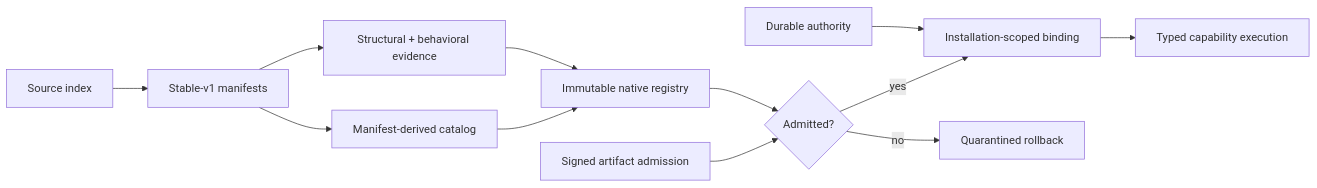
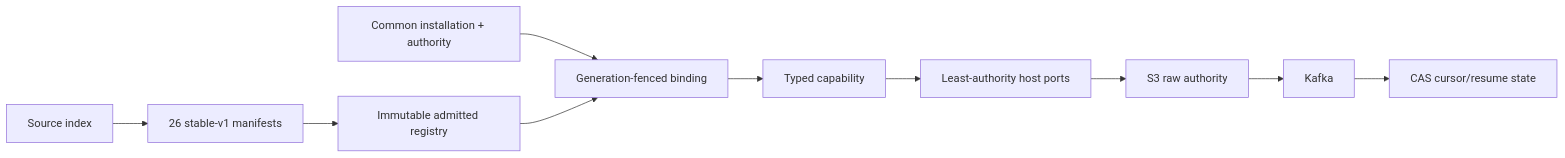
Before and after one commit to Fyralisinc/fyraliscore: the diagram in PHASE_3_IMPLEMENTATION_REPORT.md, drawn with Mermaid. The commit also changed other lines of this file and 898 other files, not shown here.

````diff
--- a/PHASE_3_IMPLEMENTATION_REPORT.md
+++ b/PHASE_3_IMPLEMENTATION_REPORT.md
@@ -87,14 +141,12 @@
 ```mermaid
 flowchart LR
-    SI[Source index] --> M[Stable-v1 manifests]
-    M --> C[Manifest-derived catalog]
-    M --> E[Structural + behavioral evidence]
-    C --> R[Immutable native registry]
-    E --> R
-    SA[Signed artifact admission] --> Q{Admitted?}
-    R --> Q
-    Q -->|yes| B[Installation-scoped binding]
-    Q -->|no| L[Quarantined rollback]
-    A[Durable authority] --> B
-    B --> X[Typed capability execution]
+    IDX[Source index] --> M[26 stable-v1 manifests]
+    M --> REG[Immutable admitted registry]
+    CP[Common installation + authority] --> B[Generation-fenced binding]
+    REG --> B
+    B --> CAP[Typed capability]
+    CAP --> HOST[Least-authority host ports]
+    HOST --> S3[S3 raw authority]
+    S3 --> K[Kafka]
+    K --> STATE[CAS cursor/resume state]
 ```
````
